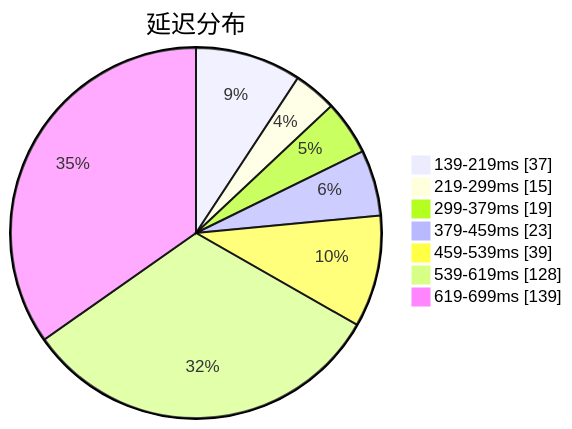
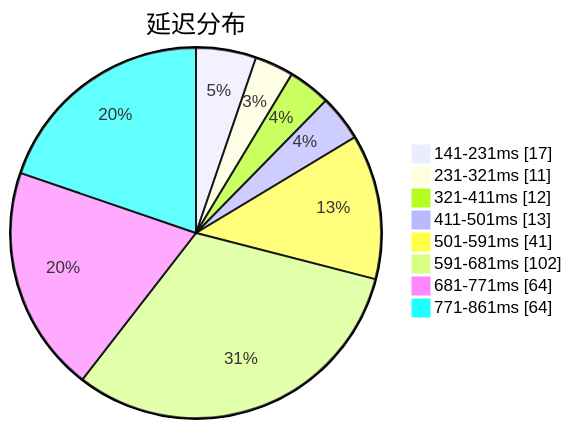
Before and after one commit to qjlxg/airport: the first of 3 diagrams in subs/statistics/tested_within.md, drawn with Mermaid. The commit also changed other lines of this file and 2 other files, not shown here.

Commit message:
Tested by metaST

````diff
--- a/subs/statistics/tested_within.md
+++ b/subs/statistics/tested_within.md
@@ -2,11 +2,12 @@
 ```mermaid
 pie showData
 title 延迟分布
-"139-219ms" : 37
-"219-299ms" : 15
-"299-379ms" : 19
-"379-459ms" : 23
-"459-539ms" : 39
-"539-619ms" : 128
-"619-699ms" : 139
+"141-231ms" : 17
+"231-321ms" : 11
+"321-411ms" : 12
+"411-501ms" : 13
+"501-591ms" : 41
+"591-681ms" : 102
+"681-771ms" : 64
+"771-861ms" : 64
 ```
````
